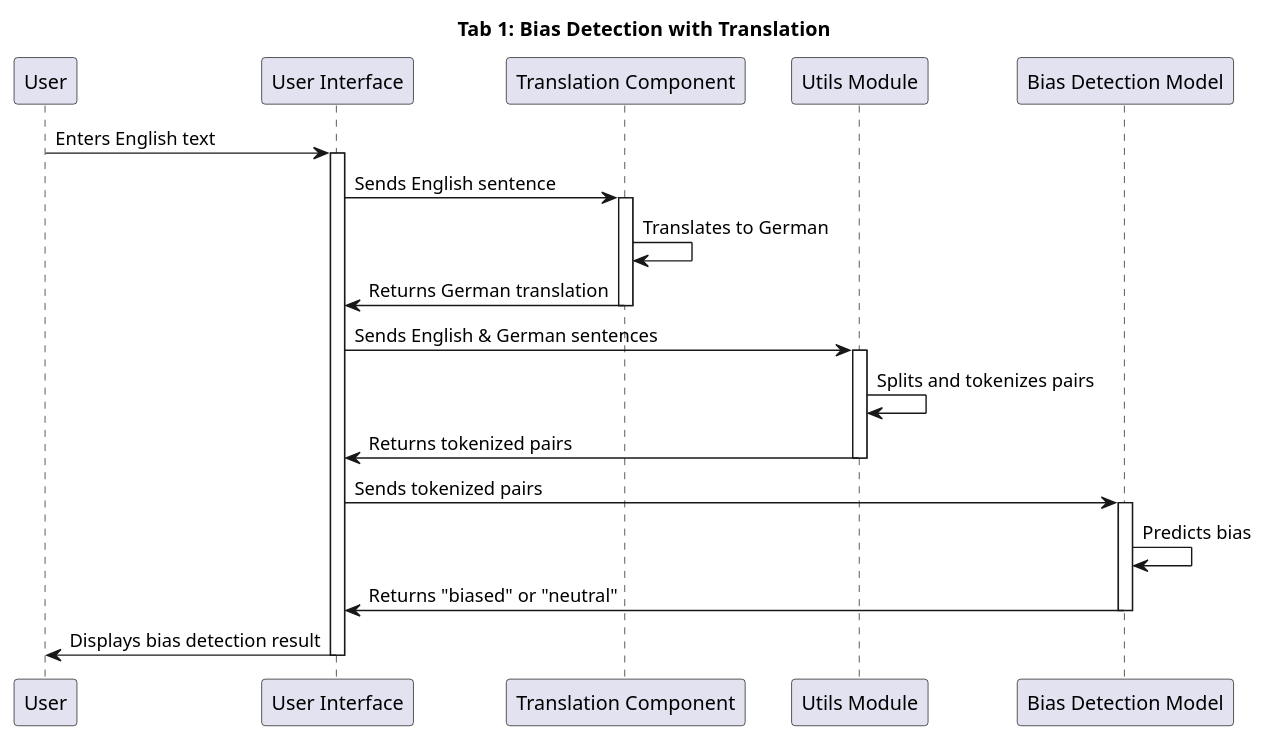
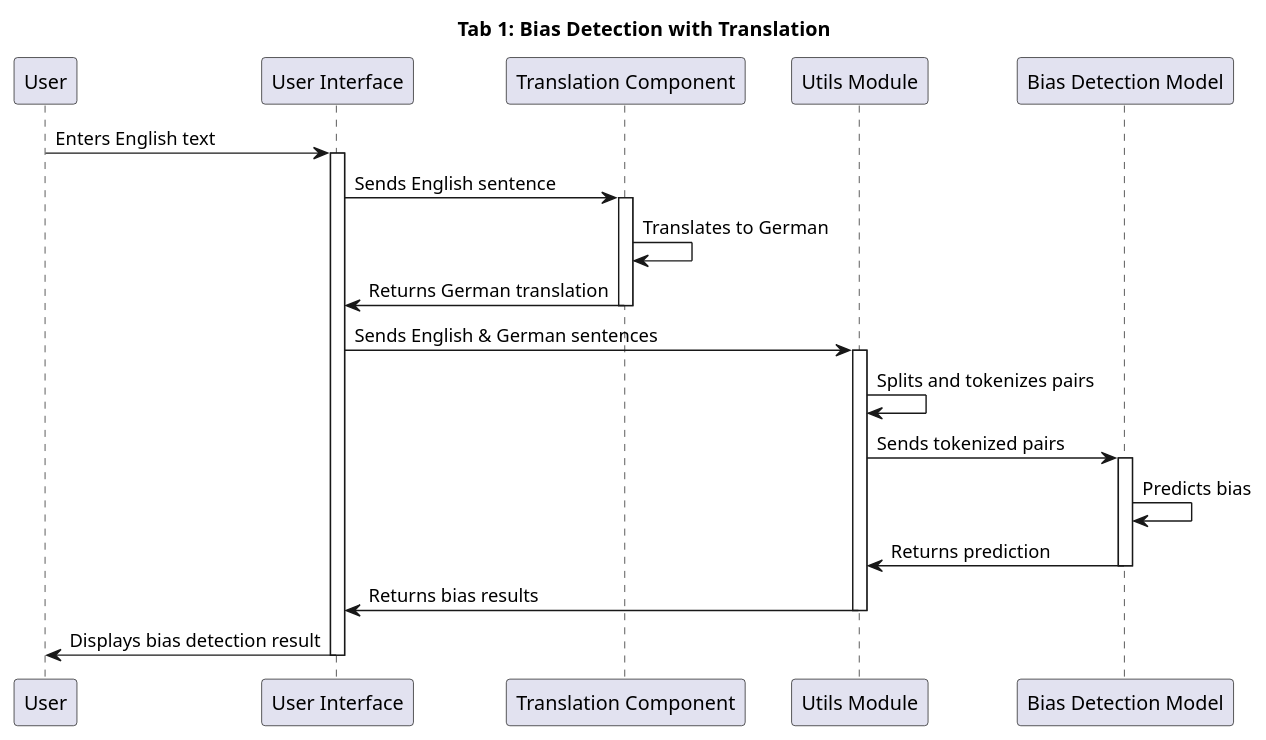
One commit to phmkhali/bias-detector-en-de changed the second of 3 diagrams in thesis/Bilder/modules.puml. Above: the diagram before and after it, drawn with PlantUML. The commit also changed other lines of this file and 4 other files, not shown here.

Commit message:
sequence diagrams

```diff
--- a/thesis/Bilder/modules.puml
+++ b/thesis/Bilder/modules.puml
@@ -57,77 +57,38 @@
 @startuml
 
-
-
 ' Title for the Sequence Diagram (Tab 1)
-
 title Tab 1: Bias Detection with Translation
 
-
-
 ' Define the participants
-
 participant User
-
 participant "User Interface" as UI
-
 participant "Translation Component" as TC
-
 participant "Utils Module" as Utils
-
 participant "Bias Detection Model" as BDM
 
-
-
 ' Define the sequence of events for Tab 1
-
 User -> UI : Enters English text
-
 activate UI
 
-
-
 UI -> TC : Sends English sentence
-
 activate TC
-
 TC -> TC : Translates to German
-
 TC -> UI : Returns German translation
-
 deactivate TC
 
-
-
 UI -> Utils : Sends English & German sentences
-
 activate Utils
-
 Utils -> Utils : Splits and tokenizes pairs
-
-Utils -> UI : Returns tokenized pairs
-
+Utils -> BDM : Sends tokenized pairs
+activate BDM
+BDM -> BDM : Predicts bias
+BDM -> Utils : Returns prediction
+deactivate BDM
+Utils -> UI : Returns bias results
 deactivate Utils
 
-
-
-UI -> BDM : Sends tokenized pairs
-
-activate BDM
-
-BDM -> BDM : Predicts bias
-
-BDM -> UI : Returns "biased" or "neutral"
-
-deactivate BDM
-
-
-
 UI -> User : Displays bias detection result
-
 deactivate UI
 
-
-
 ' End of the sequence diagram for Tab 1
-
 @enduml
```
